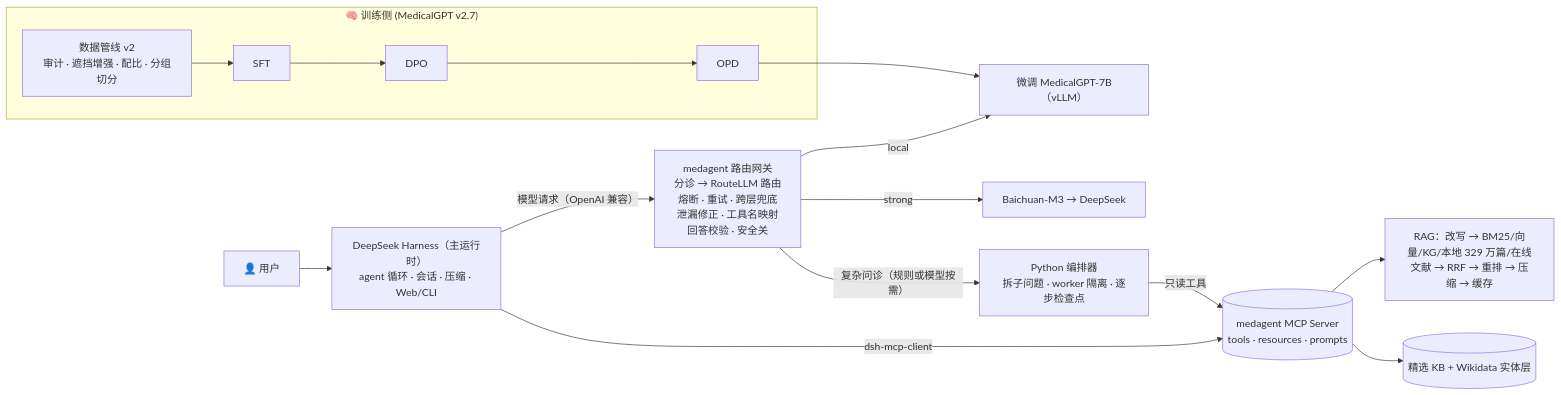
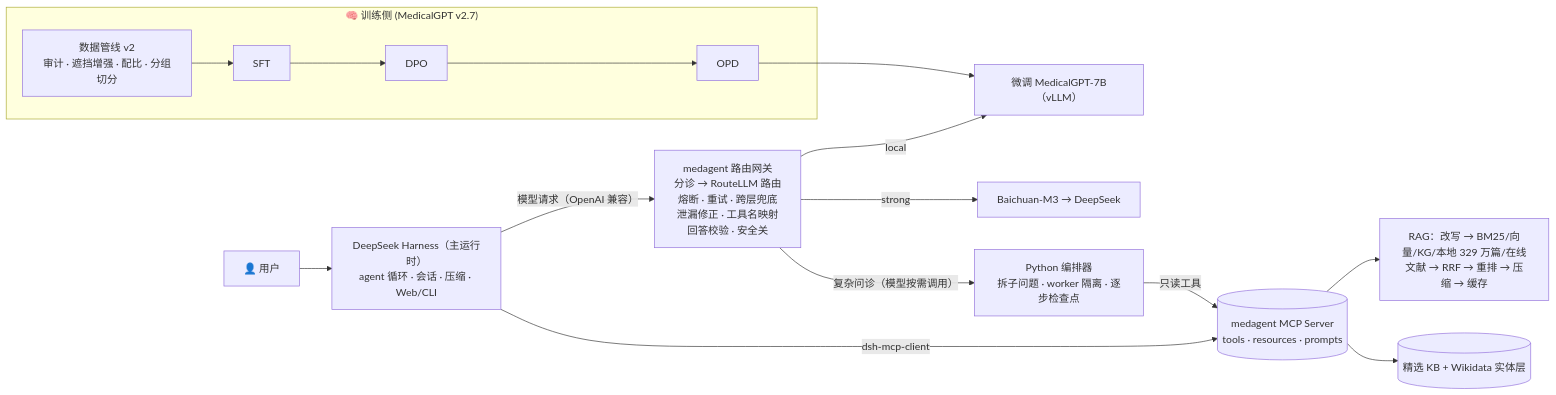
Before and after one commit to Gaogxx/MedicalGPT_agent: the diagram in README.md, drawn with Mermaid. The commit also changed other lines of this file and 18 other files, not shown here.

````diff
--- a/README.md
+++ b/README.md
@@ -42,16 +42,16 @@
 ```mermaid
 flowchart LR
     subgraph Training["🧠 训练侧 (MedicalGPT v2.7)"]
         DP["数据管线 v2<br/>审计 · 遮挡增强 · 配比 · 分组切分"] --> SFT["SFT"] --> DPO["DPO"] --> OPD["OPD"]
     end
     U["👤 用户"] --> DSH["DeepSeek Harness（主运行时）<br/>agent 循环 · 会话 · 压缩 · Web/CLI"]
     DSH -- "模型请求（OpenAI 兼容）" --> GW["medagent 路由网关<br/>分诊 → RouteLLM 路由<br/>熔断 · 重试 · 跨层兜底<br/>泄漏修正 · 工具名映射<br/>回答校验 · 安全关"]
     GW -- local --> L["微调 MedicalGPT-7B（vLLM）"]
     GW -- strong --> S["Baichuan-M3 → DeepSeek"]
     OPD --> L
     DSH -- "dsh-mcp-client" --> MCP[("medagent MCP Server<br/>tools · resources · prompts")]
-    GW -- "复杂问诊（规则或模型按需）" --> CS["Python 编排器<br/>拆子问题 · worker 隔离 · 逐步检查点"]
+    GW -- "复杂问诊（模型按需调用）" --> CS["Python 编排器<br/>拆子问题 · worker 隔离 · 逐步检查点"]
     CS -- "只读工具" --> MCP
     MCP --> RAG["RAG：改写 → BM25/向量/KG/本地 329 万篇/在线文献 → RRF → 重排 → 压缩 → 缓存"]
     MCP --> KB[("精选 KB + Wikidata 实体层")]
 ```
````
